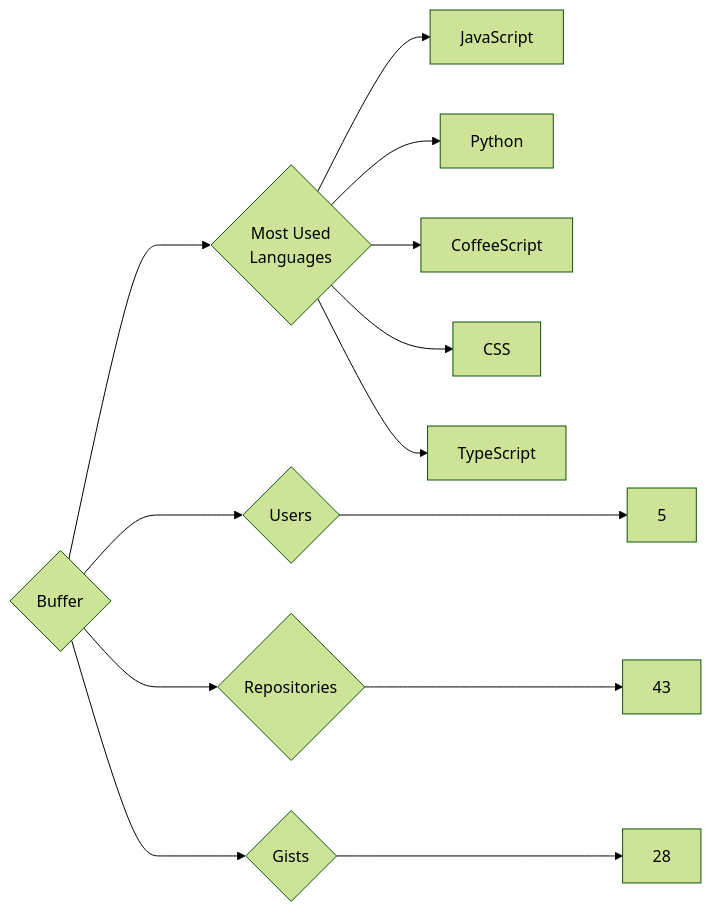
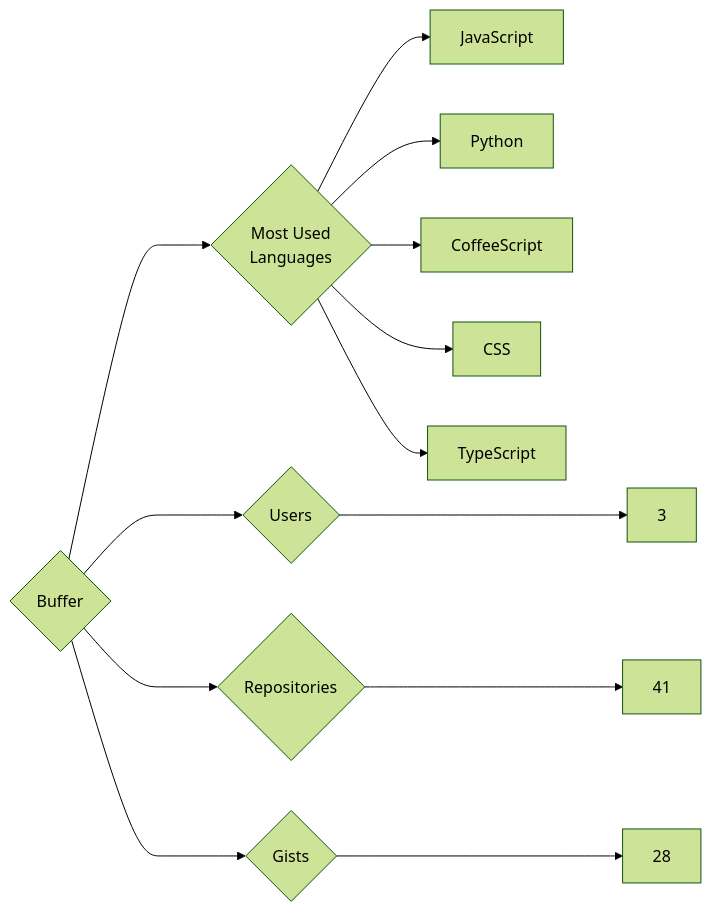
One commit to trickest/insiders changed the diagram in targets/Buffer/README.md. Above: the diagram before and after it, drawn with Mermaid (forest theme). The commit also changed 985 other files, not shown here.

````diff
--- a/targets/Buffer/README.md
+++ b/targets/Buffer/README.md
@@ -3,13 +3,13 @@
 ```mermaid
 graph LR
 COMPANY_NAME{Buffer}
-COMPANY_NAME ---> U{Users} ---> UN[5]
-COMPANY_NAME ---> R{Repositories} ---> RN[43]
+COMPANY_NAME ---> U{Users} ---> UN[3]
+COMPANY_NAME ---> R{Repositories} ---> RN[41]
 COMPANY_NAME ---> G{Gists} ---> GN[28]
 COMPANY_NAME ---> ML{Most Used<br>Languages}
 ML --> JavaScript[JavaScript]
 ML --> Python[Python]
 ML --> CoffeeScript[CoffeeScript]
 ML --> CSS[CSS]
 ML --> TypeScript[TypeScript]
 ```
````
